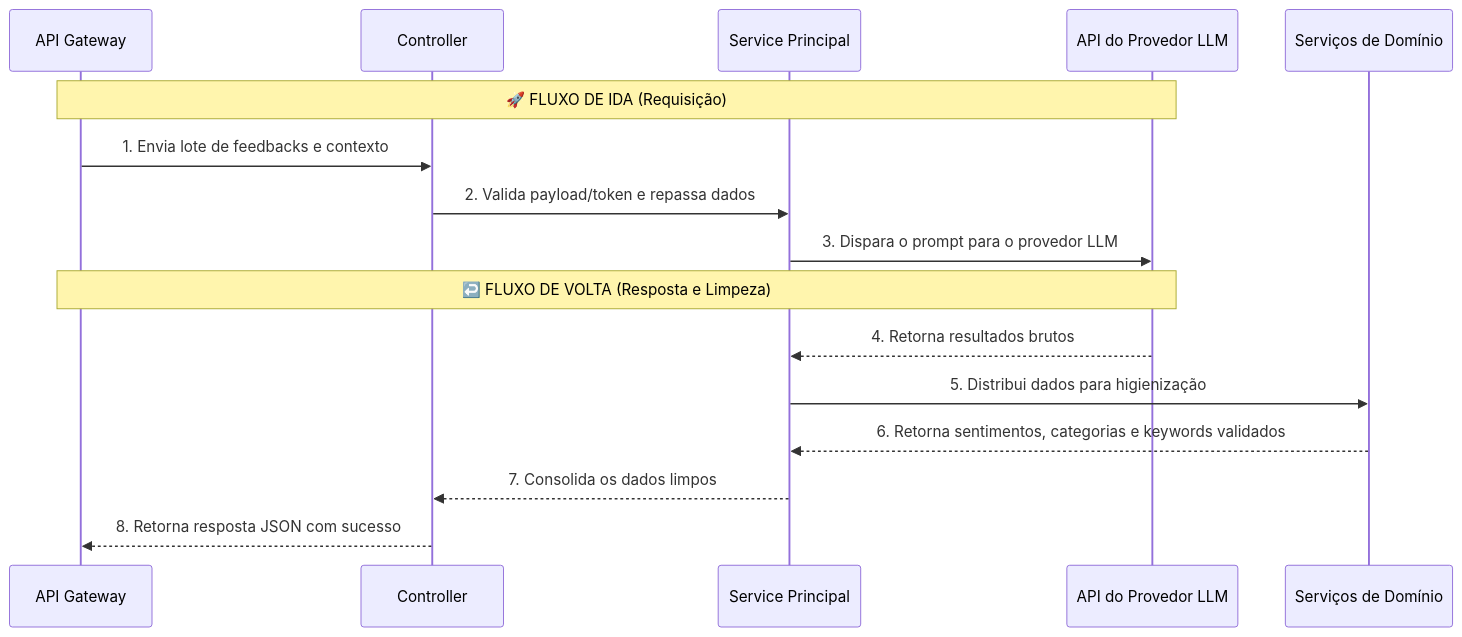
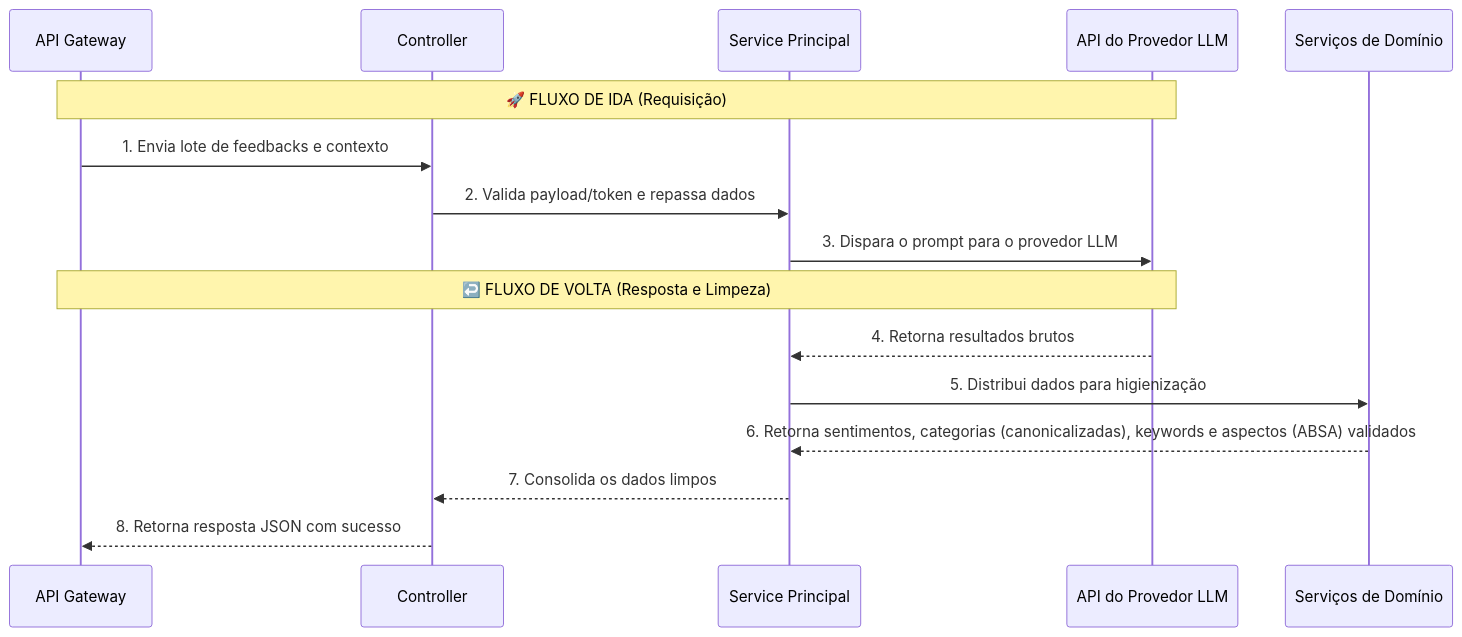
Before and after one commit to Nando006/feedback-analytics: the diagram in docs/servicos/ia-analyze/arquitetura-estrutura.md, drawn with Mermaid. The commit also changed other lines of this file and 24 other files, not shown here.

````diff
--- a/docs/servicos/ia-analyze/arquitetura-estrutura.md
+++ b/docs/servicos/ia-analyze/arquitetura-estrutura.md
@@ -28,20 +29,20 @@
 ```mermaid
 sequenceDiagram
     participant GW as API Gateway
     participant CTRL as Controller
     participant MAIN as Service Principal
     participant GM as API do Provedor LLM
     participant SPEC as Serviços de Domínio
 
     Note over GW,GM: 🚀 FLUXO DE IDA (Requisição)
     GW->>CTRL: 1. Envia lote de feedbacks e contexto
     CTRL->>MAIN: 2. Valida payload/token e repassa dados
     MAIN->>GM: 3. Dispara o prompt para o provedor LLM
     
     Note over GW,GM: ↩️ FLUXO DE VOLTA (Resposta e Limpeza)
     GM-->>MAIN: 4. Retorna resultados brutos
     MAIN->>SPEC: 5. Distribui dados para higienização
-    SPEC-->>MAIN: 6. Retorna sentimentos, categorias e keywords validados
+    SPEC-->>MAIN: 6. Retorna sentimentos, categorias (canonicalizadas), keywords e aspectos (ABSA) validados
     MAIN-->>CTRL: 7. Consolida os dados limpos
     CTRL-->>GW: 8. Retorna resposta JSON com sucesso
 ```
````
